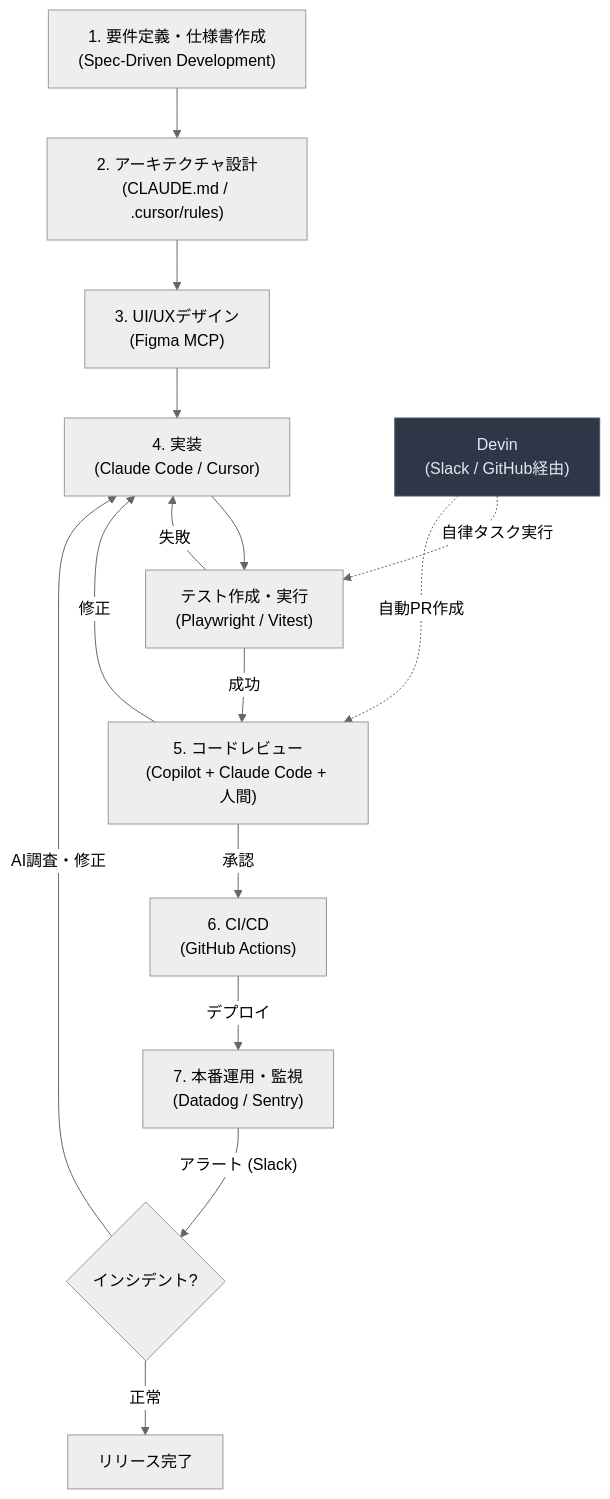
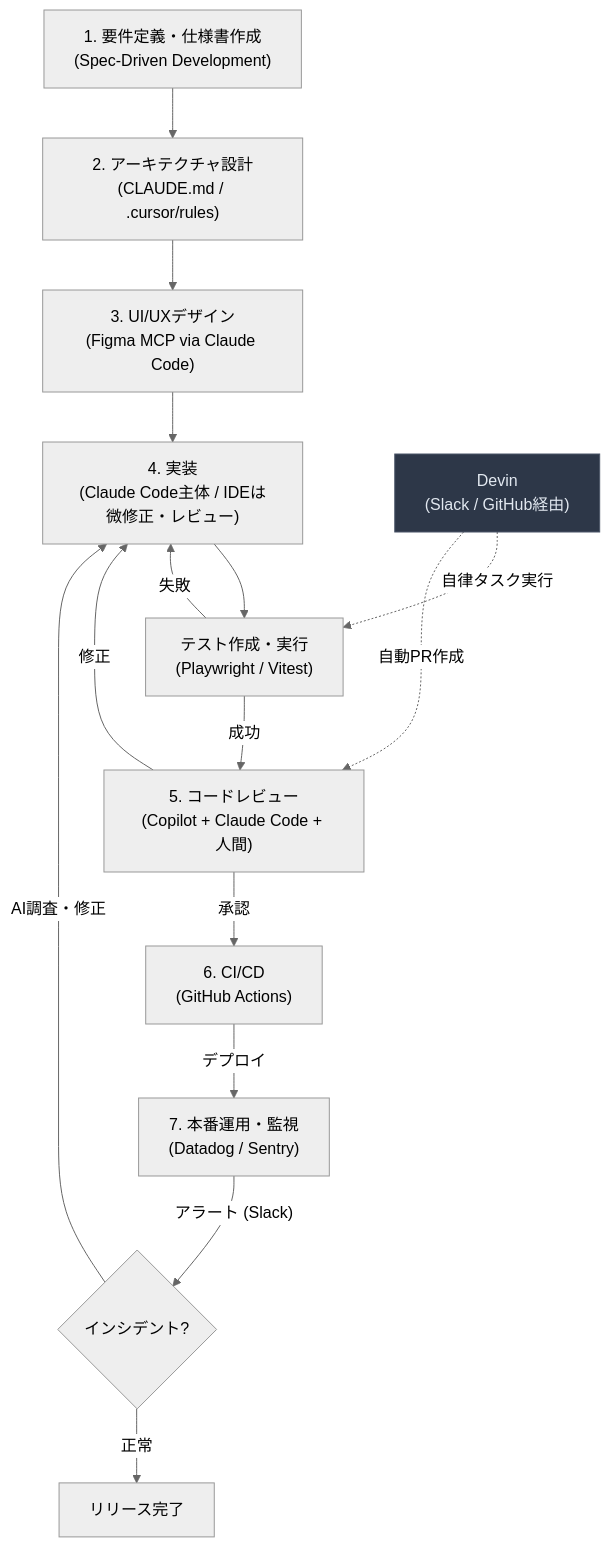
Before and after one commit to takuma39/ai: the fourth of 20 diagrams in AI駆動開発.md, drawn with Mermaid (neutral theme). The commit also changed other lines of this file, not shown here.

````diff
--- a/AI駆動開発.md
+++ b/AI駆動開発.md
@@ -224,19 +222,19 @@
 ```mermaid
 flowchart TD
     A["1. 要件定義・仕様書作成<br/>(Spec-Driven Development)"] --> B["2. アーキテクチャ設計<br/>(CLAUDE.md / .cursor/rules)"]
-    B --> C["3. UI/UXデザイン<br/>(Figma MCP)"]
-    C --> D["4. 実装<br/>(Claude Code / Cursor)"]
+    B --> C["3. UI/UXデザイン<br/>(Figma MCP via Claude Code)"]
+    C --> D["4. 実装<br/>(Claude Code主体 / IDEは微修正・レビュー)"]
     D --> T["テスト作成・実行<br/>(Playwright / Vitest)"]
     T -->|"失敗"| D
     T -->|"成功"| E["5. コードレビュー<br/>(Copilot + Claude Code + 人間)"]
     E -->|修正| D
     E -->|承認| F["6. CI/CD<br/>(GitHub Actions)"]
     F -->|デプロイ| G["7. 本番運用・監視<br/>(Datadog / Sentry)"]
     G -->|"アラート (Slack)"| H{"インシデント?"}
     H -->|"AI調査・修正"| D
     H -->|"正常"| I["リリース完了"]
 
     D2["Devin<br/>(Slack / GitHub経由)"] -.->|"自律タスク実行"| T
     D2 -.->|"自動PR作成"| E
     style D2 fill:#2d3748,stroke:#4a5568,color:#e2e8f0
 ```
````
